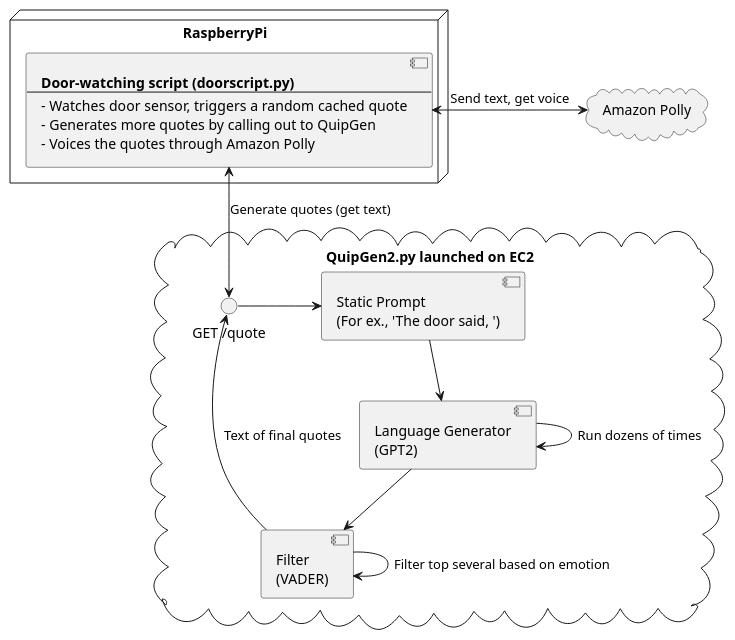
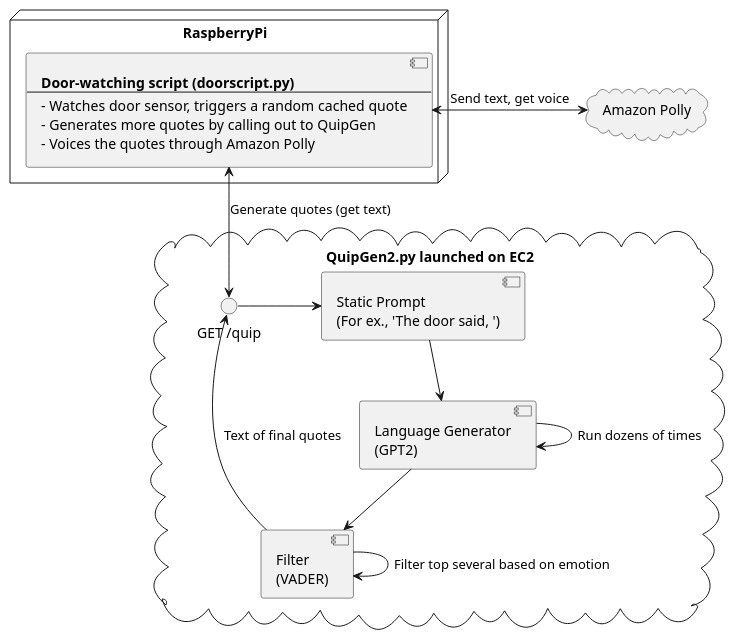
Before and after one commit to fenceFoil/door-personality: the first of 2 diagrams in README.md, drawn with PlantUML. The commit also changed other lines of this file and 4 other files, not shown here.

````diff
--- a/README.md
+++ b/README.md
@@ -7,33 +7,33 @@
 ```plantuml
 
 
 node RaspberryPi {
     component Doorscript [
         **Door-watching script (doorscript.py)**
         ---
         - Watches door sensor, triggers a random cached quote
         - Generates more quotes by calling out to QuipGen
         - Voices the quotes through Amazon Polly
     ]
 }
 
 cloud "QuipGen2.py launched on EC2" as QuipGen {
-    interface "GET /quote" as api
+    interface "GET /quip" as api
     component "Static Prompt\n(For ex., 'The door said, ')" as prompt
     component "Language Generator\n(GPT2)" as GPT2
     component "Filter\n(VADER)" as VADER
     api -> prompt
     prompt --> GPT2
     GPT2 -> GPT2: Run dozens of times
     GPT2 --> VADER
     VADER -> VADER: Filter top several based on emotion
     VADER -> api: Text of final quotes
 }
 
 cloud "Amazon Polly" as polly {
 }
 
 Doorscript <--> api: Generate quotes (get text)
 Doorscript <-> polly: Send text, get voice
 
 ```
````
